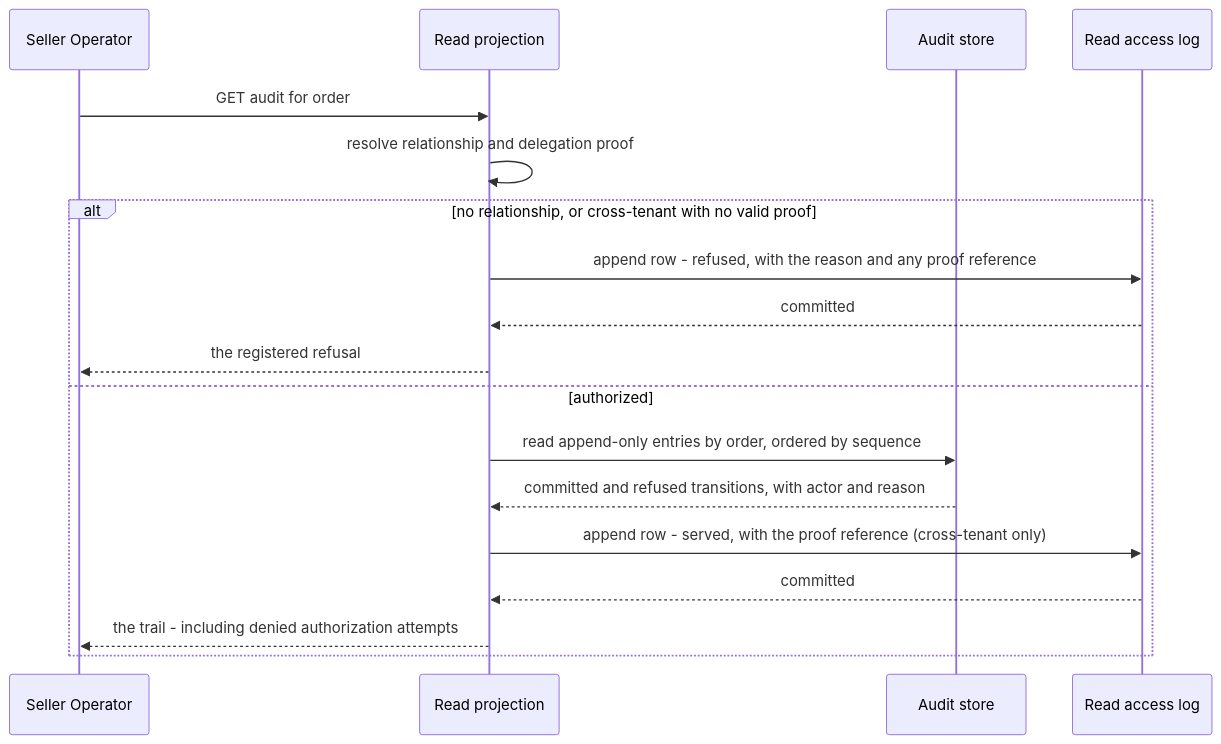
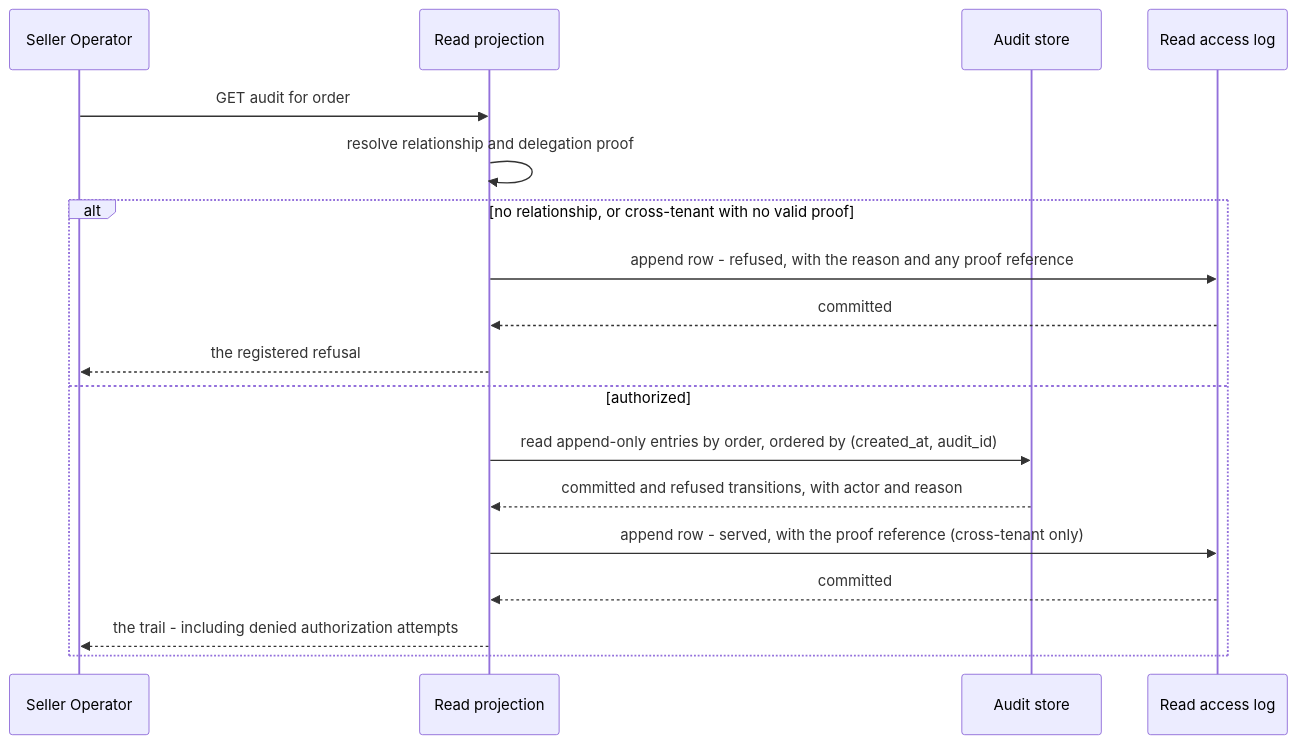
Before and after one commit to constructorfabric/cyberware-rust: the diagram in gears/bss/orders-lifecycle/docs/design/08-read-and-authz.md, drawn with Mermaid. The commit also changed other lines of this file and 2 other files, not shown here.

First paragraph of the commit message:
fix(bss/orders-lifecycle): the audit page had no index that matched its cursor, and a post-activation collision was modelled as a line rejection
Two more from PR #4775 — one Major, one Minor.

````diff
--- a/gears/bss/orders-lifecycle/docs/design/08-read-and-authz.md
+++ b/gears/bss/orders-lifecycle/docs/design/08-read-and-authz.md
@@ -427,20 +427,20 @@
 ```mermaid
 sequenceDiagram
     participant O as Seller Operator
     participant R as Read projection
     participant A as Audit store
     participant L as Read access log
     O ->> R: GET audit for order
     R ->> R: resolve relationship and delegation proof
     alt no relationship, or cross-tenant with no valid proof
         R ->> L: append row - refused, with the reason and any proof reference
         L -->> R: committed
         R -->> O: the registered refusal
     else authorized
-        R ->> A: read append-only entries by order, ordered by sequence
+        R ->> A: read append-only entries by order, ordered by (created_at, audit_id)
         A -->> R: committed and refused transitions, with actor and reason
         R ->> L: append row - served, with the proof reference (cross-tenant only)
         L -->> R: committed
         R -->> O: the trail - including denied authorization attempts
     end
 ```
````
